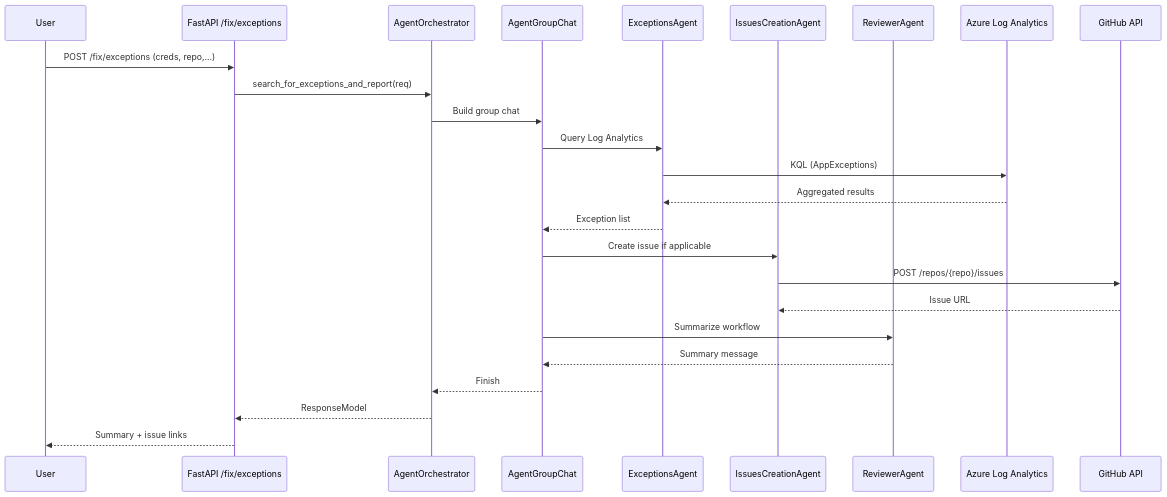
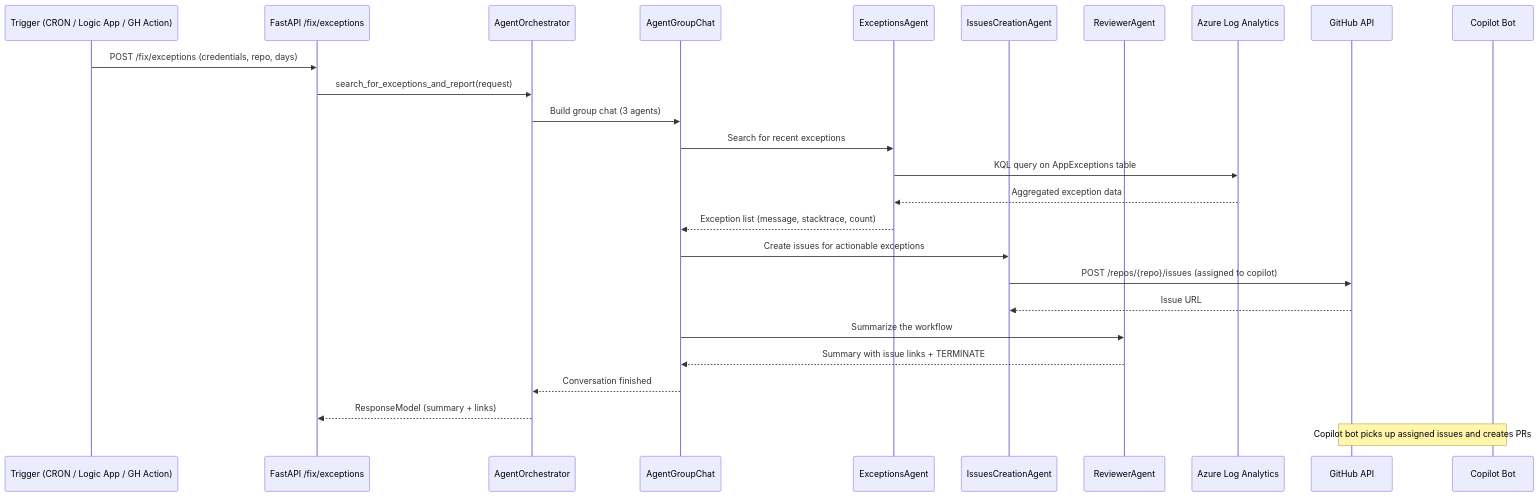
One commit to Veta-agentic/veta-agents changed the second of 2 diagrams in docs/use-cases.md. Above: the diagram before and after it, drawn with Mermaid. The commit also changed other lines of this file and 5 other files, not shown here.

````diff
--- a/docs/use-cases.md
+++ b/docs/use-cases.md
@@ -38,27 +62,28 @@
 ```mermaid
 sequenceDiagram
-  participant U as User
+  participant T as Trigger (CRON / Logic App / GH Action)
   participant API as FastAPI /fix/exceptions
   participant ORC as AgentOrchestrator
   participant GC as AgentGroupChat
   participant EX as ExceptionsAgent
   participant IC as IssuesCreationAgent
   participant R as ReviewerAgent
   participant LA as Azure Log Analytics
   participant GH as GitHub API
-  U->>API: POST /fix/exceptions (creds, repo,...)
-  API->>ORC: search_for_exceptions_and_report(req)
-  ORC->>GC: Build group chat
-  GC->>EX: Query Log Analytics
-  EX->>LA: KQL (AppExceptions)
-  LA-->>EX: Aggregated results
-  EX-->>GC: Exception list
-  GC->>IC: Create issue if applicable
-  IC->>GH: POST /repos/{repo}/issues
+  participant CP as Copilot Bot
+  T->>API: POST /fix/exceptions (credentials, repo, days)
+  API->>ORC: search_for_exceptions_and_report(request)
+  ORC->>GC: Build group chat (3 agents)
+  GC->>EX: Search for recent exceptions
+  EX->>LA: KQL query on AppExceptions table
+  LA-->>EX: Aggregated exception data
+  EX-->>GC: Exception list (message, stacktrace, count)
+  GC->>IC: Create issues for actionable exceptions
+  IC->>GH: POST /repos/{repo}/issues (assigned to copilot)
   GH-->>IC: Issue URL
-  GC->>R: Summarize workflow
-  R-->>GC: Summary message
-  GC-->>ORC: Finish
-  ORC-->>API: ResponseModel
-  API-->>U: Summary + issue links
+  GC->>R: Summarize the workflow
+  R-->>GC: Summary with issue links + TERMINATE
+  GC-->>ORC: Conversation finished
+  ORC-->>API: ResponseModel (summary + links)
+  Note over GH,CP: Copilot bot picks up assigned issues and creates PRs
 ```
````
